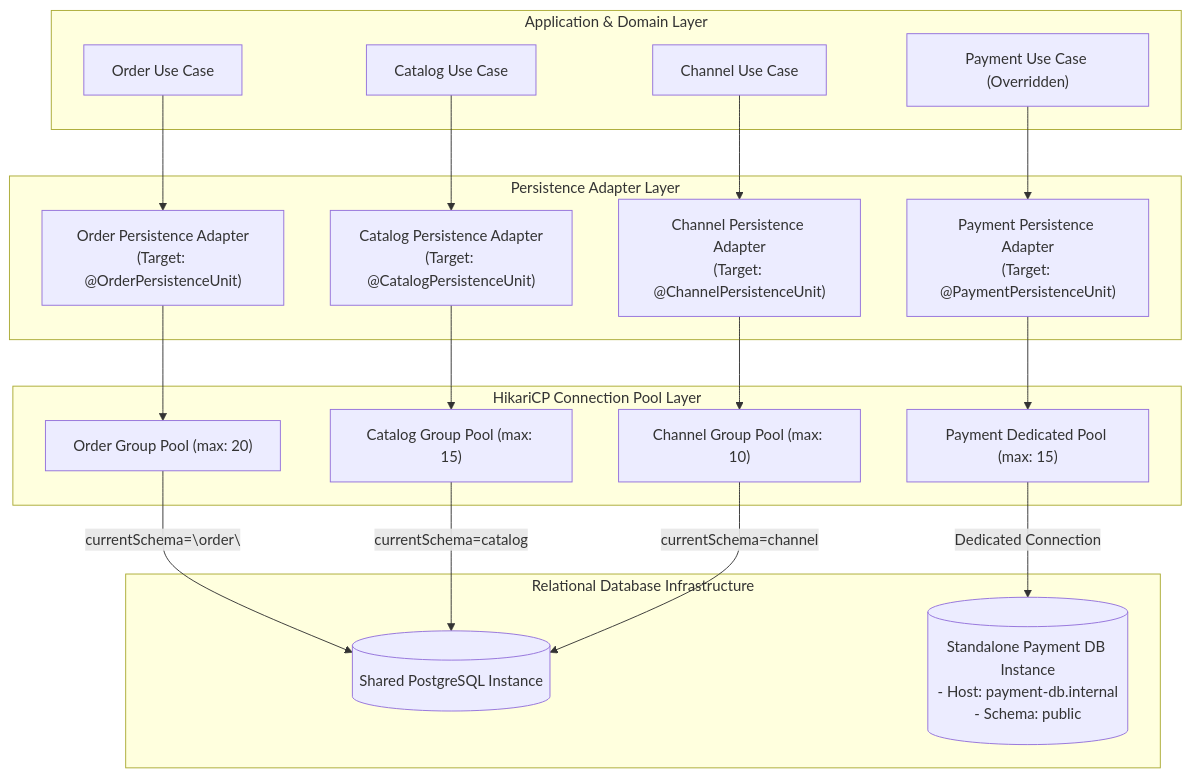
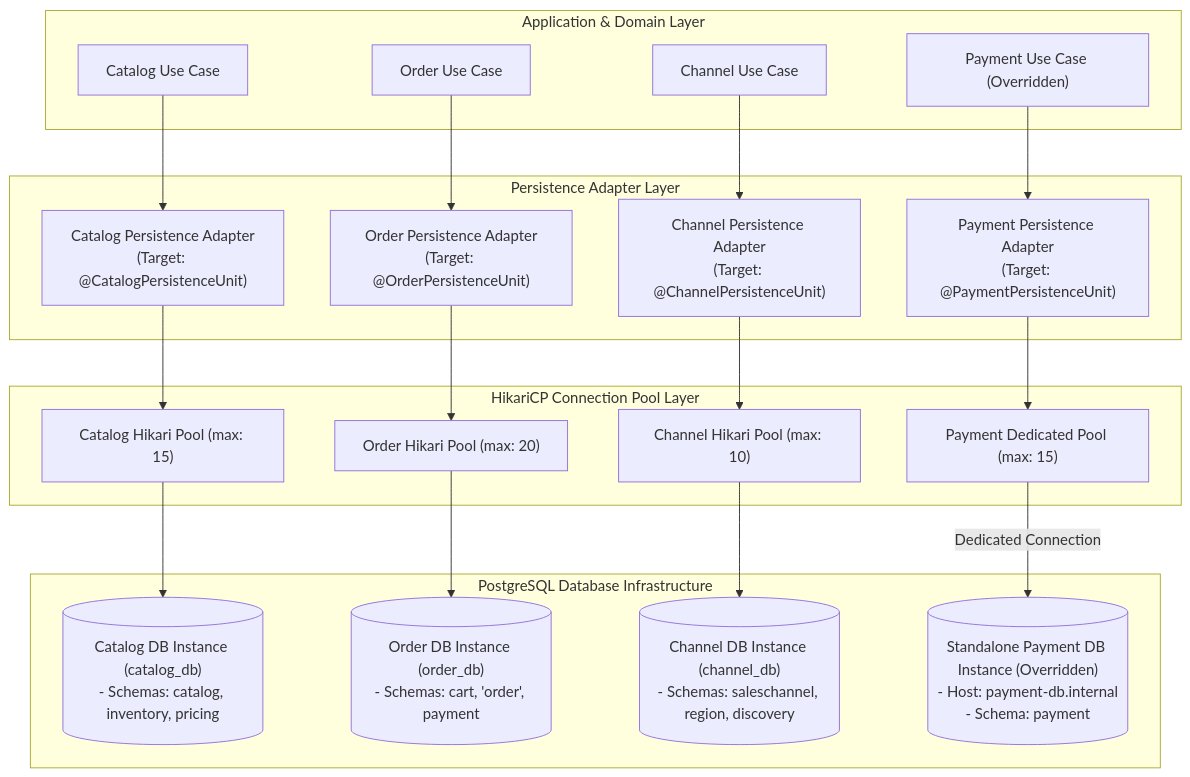
The diagram in docs/spec/system/multi-schema-database-isolation-tech-spec.md (khinemyaezin/grab), drawn with Mermaid before and after one commit. The commit also changed other lines of this file and 14 other files, not shown here.

Commit message:
feat: define hexagonal packaging tech specs for order service group and domain schemas

````diff
--- a/docs/spec/system/multi-schema-database-isolation-tech-spec.md
+++ b/docs/spec/system/multi-schema-database-isolation-tech-spec.md
@@ -125,33 +98,35 @@
 ```mermaid
 flowchart TB
     subgraph AppLayer ["Application & Domain Layer"]
         OrderUseCase["Order Use Case"]
         PaymentUseCase["Payment Use Case (Overridden)"]
         CatalogUseCase["Catalog Use Case"]
         ChannelUseCase["Channel Use Case"]
     end
 
     subgraph PersistenceLayer ["Persistence Adapter Layer"]
         OrderAdapter["Order Persistence Adapter\n(Target: @OrderPersistenceUnit)"]
         PaymentAdapter["Payment Persistence Adapter\n(Target: @PaymentPersistenceUnit)"]
         CatalogAdapter["Catalog Persistence Adapter\n(Target: @CatalogPersistenceUnit)"]
         ChannelAdapter["Channel Persistence Adapter\n(Target: @ChannelPersistenceUnit)"]
     end
 
     subgraph PoolLayer ["HikariCP Connection Pool Layer"]
-        OrderPool["Order Group Pool (max: 20)"]
+        OrderPool["Order Hikari Pool (max: 20)"]
         PaymentPool["Payment Dedicated Pool (max: 15)"]
-        CatalogPool["Catalog Group Pool (max: 15)"]
-        ChannelPool["Channel Group Pool (max: 10)"]
+        CatalogPool["Catalog Hikari Pool (max: 15)"]
+        ChannelPool["Channel Hikari Pool (max: 10)"]
     end
 
-    subgraph DatabaseLayer ["Relational Database Infrastructure"]
-        SharedInstance[("Shared PostgreSQL Instance")]
-        PaymentInstance[("Standalone Payment DB Instance\n- Host: payment-db.internal\n- Schema: public")]
+    subgraph DatabaseLayer ["PostgreSQL Database Infrastructure"]
+        CatalogInstance[("Catalog DB Instance (catalog_db)\n- Schemas: catalog, inventory, pricing")]
+        OrderInstance[("Order DB Instance (order_db)\n- Schemas: cart, 'order', payment")]
+        ChannelInstance[("Channel DB Instance (channel_db)\n- Schemas: saleschannel, region, discovery")]
+        PaymentInstance[("Standalone Payment DB Instance (Overridden)\n- Host: payment-db.internal\n- Schema: payment")]
     end
 
-    OrderUseCase --> OrderAdapter --> OrderPool -->|"currentSchema=\"order\""| SharedInstance
-    CatalogUseCase --> CatalogAdapter --> CatalogPool -->|"currentSchema=catalog"| SharedInstance
-    ChannelUseCase --> ChannelAdapter --> ChannelPool -->|"currentSchema=channel"| SharedInstance
+    OrderUseCase --> OrderAdapter --> OrderPool --> OrderInstance
+    CatalogUseCase --> CatalogAdapter --> CatalogPool --> CatalogInstance
+    ChannelUseCase --> ChannelAdapter --> ChannelPool --> ChannelInstance
     PaymentUseCase --> PaymentAdapter --> PaymentPool -->|"Dedicated Connection"| PaymentInstance
 ```
````
